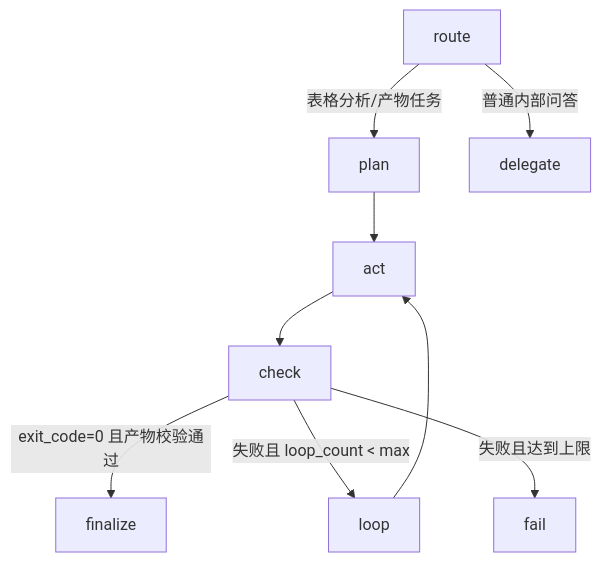
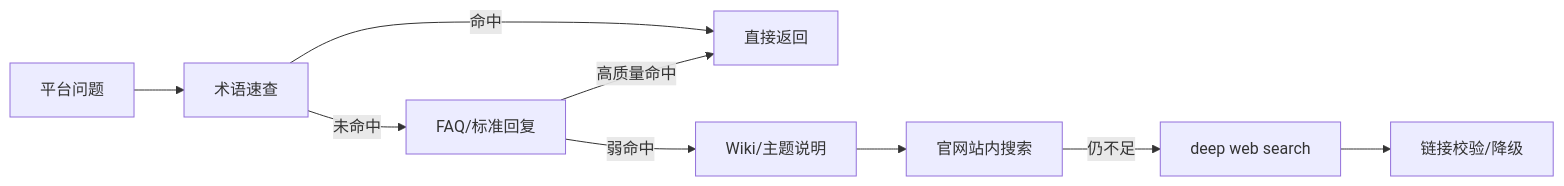
The third of 4 diagrams in docs/AGENT_TECHNICAL_DOCUMENTATION.md (lr12338/hifleet-agent), drawn with Mermaid before and after one commit. The commit also changed other lines of this file and 16 other files, not shown here.

````diff
--- a/docs/AGENT_TECHNICAL_DOCUMENTATION.md
+++ b/docs/AGENT_TECHNICAL_DOCUMENTATION.md
@@ -196,11 +104,11 @@
 ```mermaid
-flowchart TD
-    Route[route] -->|表格分析/产物任务| Plan[plan]
-    Route -->|普通内部问答| Delegate[delegate]
-    Plan --> Act[act]
-    Act --> Check[check]
-    Check -->|exit_code=0 且产物校验通过| Finalize[finalize]
-    Check -->|失败且 loop_count < max| Loop[loop]
-    Loop --> Act
-    Check -->|失败且达到上限| Fail[fail]
+flowchart LR
+    Q[平台问题] --> L1[术语速查]
+    L1 -->|命中| A[直接返回]
+    L1 -->|未命中| L2[FAQ/标准回复]
+    L2 -->|高质量命中| A
+    L2 -->|弱命中| L3[Wiki/主题说明]
+    L3 --> L4[官网站内搜索]
+    L4 -->|仍不足| L5[deep web search]
+    L5 --> Check[链接校验/降级]
 ```
````
